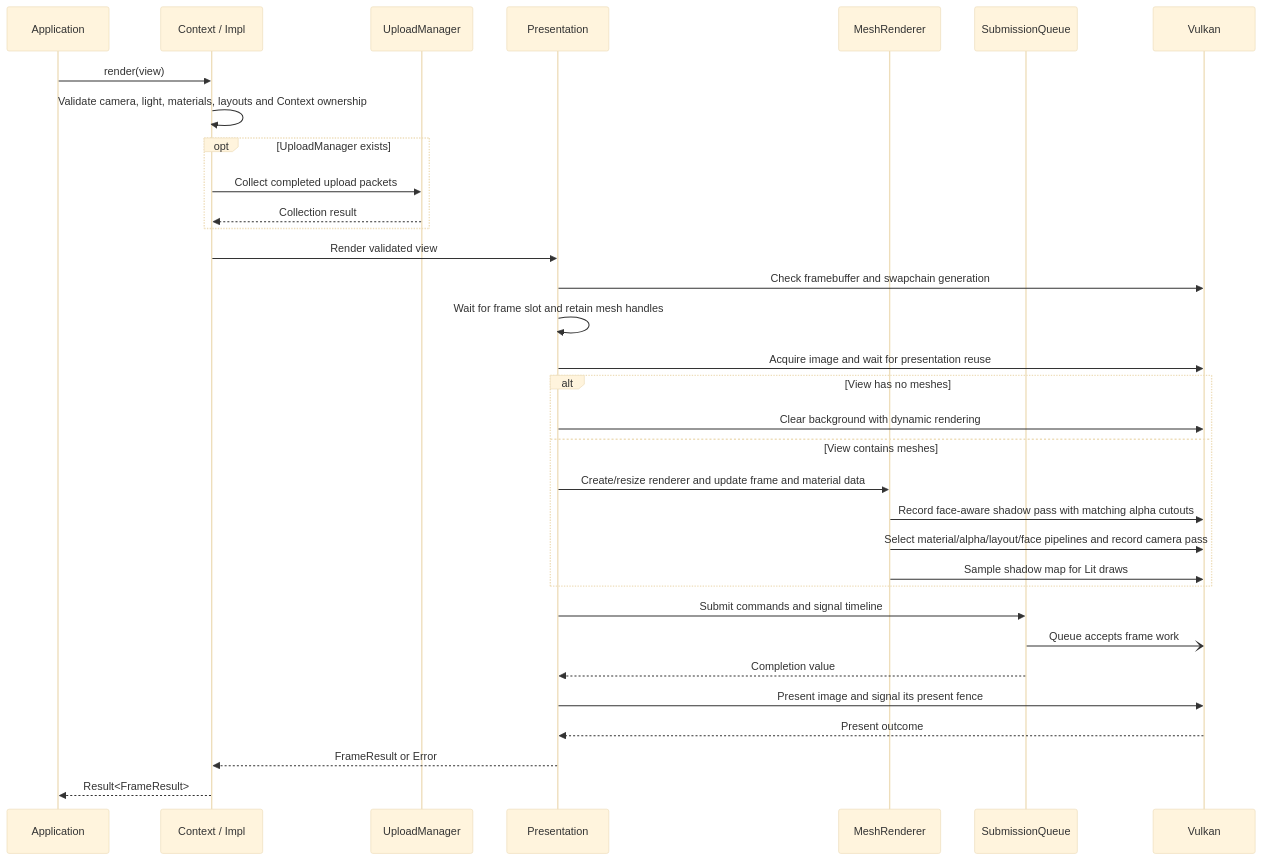
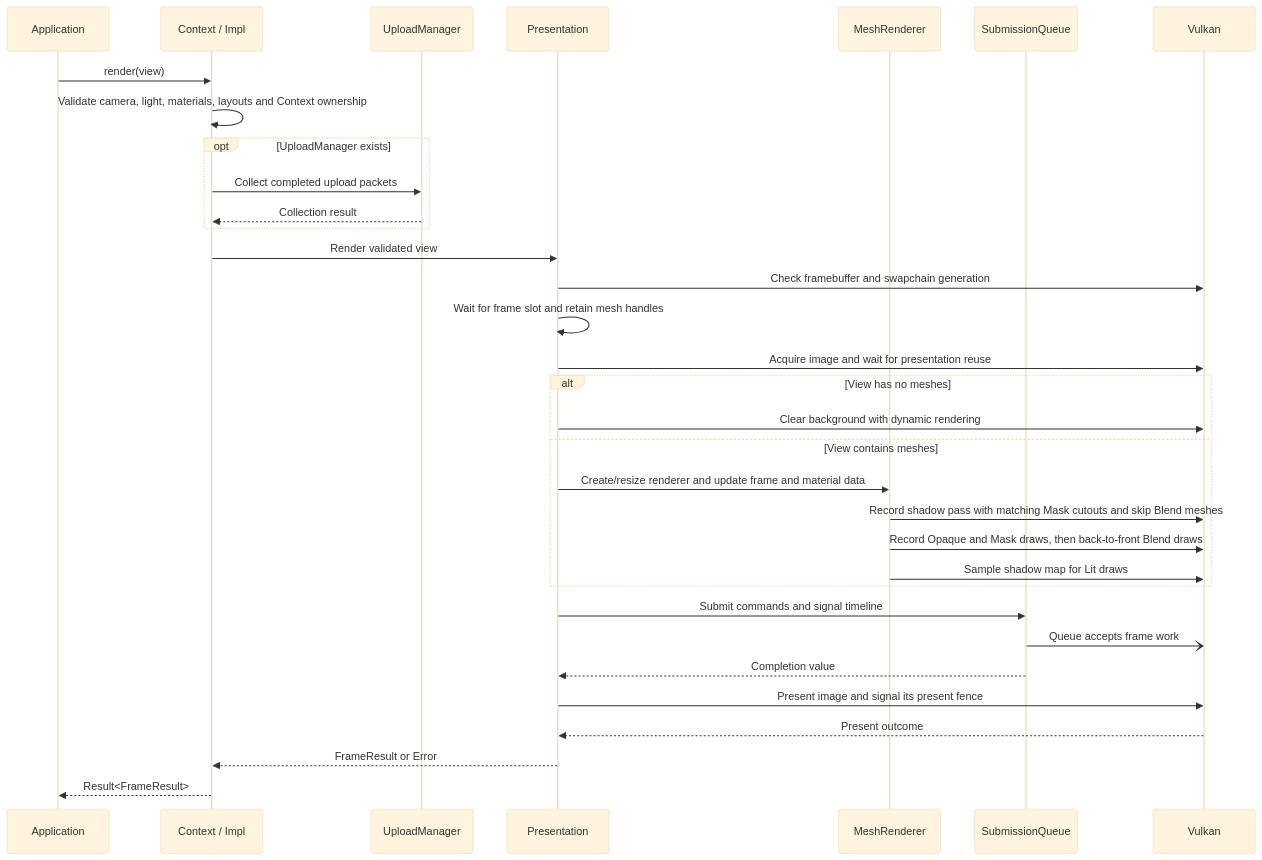
One commit to a-soltysik/Panda changed the diagram in docs/use-cases/render-view.md. Above: the diagram before and after it, drawn with Mermaid (base theme). The commit also changed other lines of this file and 11 other files, not shown here.

Commit message:
Add blended alpha mode for meshes (#103)

````diff
--- a/docs/use-cases/render-view.md
+++ b/docs/use-cases/render-view.md
@@ -63,35 +63,35 @@
 ```mermaid
 sequenceDiagram
     participant A as Application
     participant C as Context / Impl
     participant U as UploadManager
     participant P as Presentation
     participant R as MeshRenderer
     participant Q as SubmissionQueue
     participant V as Vulkan
     A->>C: render(view)
     C->>C: Validate camera, light, materials, layouts and Context ownership
     opt UploadManager exists
         C->>U: Collect completed upload packets
         U-->>C: Collection result
     end
     C->>P: Render validated view
     P->>V: Check framebuffer and swapchain generation
     P->>P: Wait for frame slot and retain mesh handles
     P->>V: Acquire image and wait for presentation reuse
     alt View has no meshes
         P->>V: Clear background with dynamic rendering
     else View contains meshes
         P->>R: Create/resize renderer and update frame and material data
-        R->>V: Record face-aware shadow pass with matching alpha cutouts
-        R->>V: Select material/alpha/layout/face pipelines and record camera pass
+        R->>V: Record shadow pass with matching Mask cutouts and skip Blend meshes
+        R->>V: Record Opaque and Mask draws, then back-to-front Blend draws
         R->>V: Sample shadow map for Lit draws
     end
     P->>Q: Submit commands and signal timeline
     Q-)V: Queue accepts frame work
     Q-->>P: Completion value
     P->>V: Present image and signal its present fence
     V-->>P: Present outcome
     P-->>C: FrameResult or Error
     C-->>A: Result<FrameResult>
 ```
````
